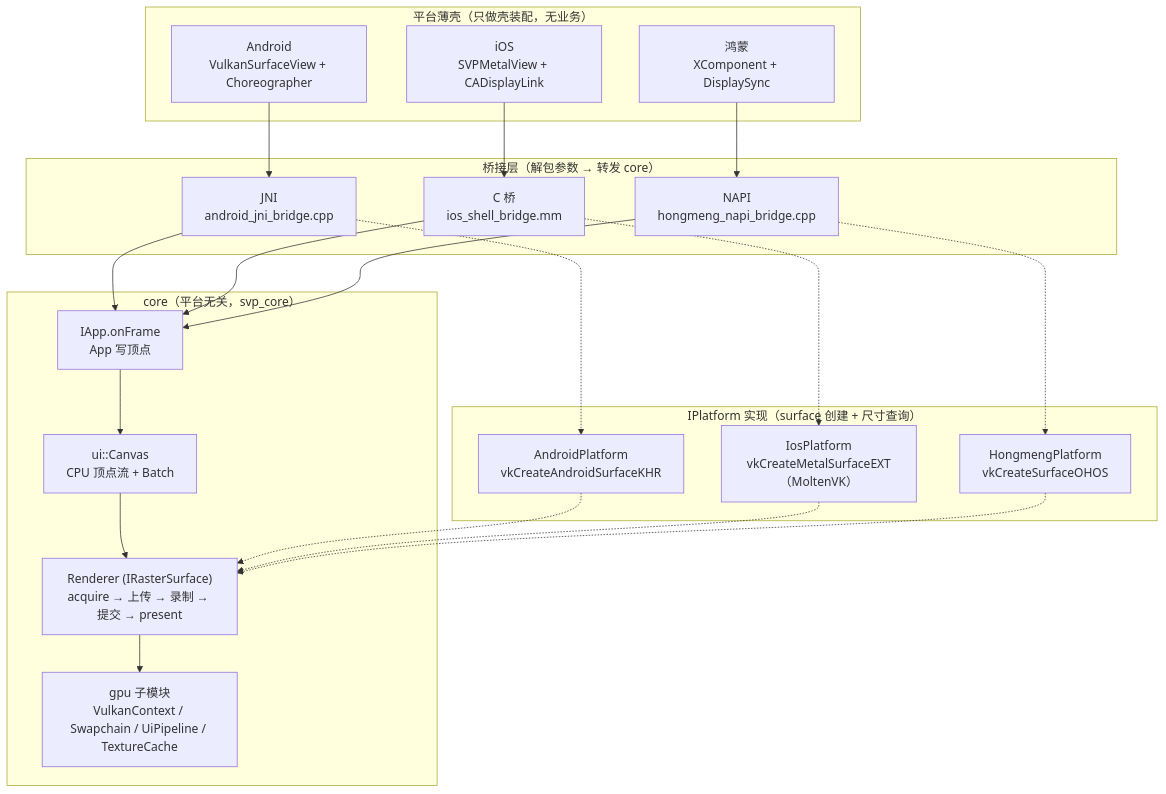
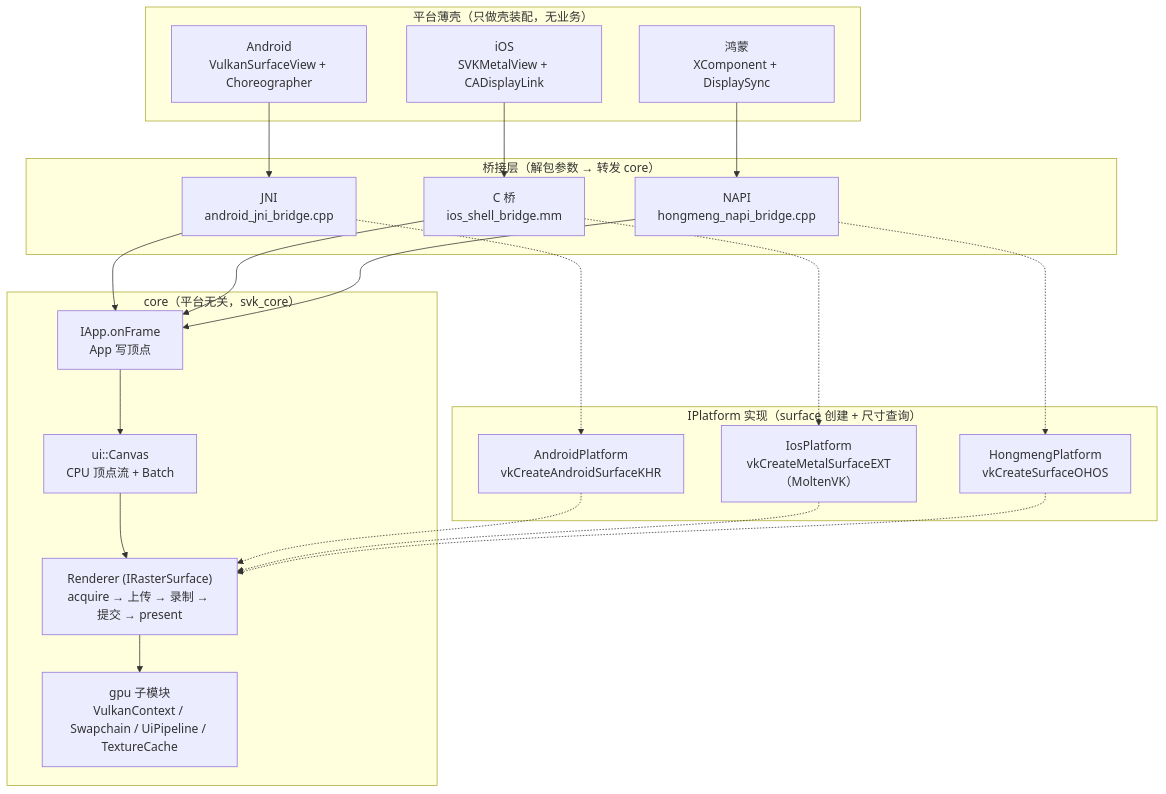
Before and after one commit to helloworldwangziyi/SVK: the first of 8 diagrams in docs/startup-sequence.md, drawn with Mermaid. The commit also changed other lines of this file and 45 other files, not shown here.

First line of the commit message:
refactor: 命名空间与工程标识 svp 统一更名为 svk，与项目名 SVK 保持一致

````diff
--- a/docs/startup-sequence.md
+++ b/docs/startup-sequence.md
@@ -16,41 +16,41 @@
 ```mermaid
 flowchart TB
     subgraph shell["平台薄壳（只做壳装配，无业务）"]
         A1["Android<br/>VulkanSurfaceView + Choreographer"]
-        A2["iOS<br/>SVPMetalView + CADisplayLink"]
+        A2["iOS<br/>SVKMetalView + CADisplayLink"]
         A3["鸿蒙<br/>XComponent + DisplaySync"]
     end
 
     subgraph bridge["桥接层（解包参数 → 转发 core）"]
         B1["JNI<br/>android_jni_bridge.cpp"]
         B2["C 桥<br/>ios_shell_bridge.mm"]
         B3["NAPI<br/>hongmeng_napi_bridge.cpp"]
     end
 
-    subgraph core["core（平台无关，svp_core）"]
+    subgraph core["core（平台无关，svk_core）"]
         C1["IApp.onFrame<br/>App 写顶点"]
         C2["ui::Canvas<br/>CPU 顶点流 + Batch"]
         C3["Renderer (IRasterSurface)<br/>acquire → 上传 → 录制 → 提交 → present"]
         C4["gpu 子模块<br/>VulkanContext / Swapchain / UiPipeline / TextureCache"]
     end
 
     subgraph platformImpl["IPlatform 实现（surface 创建 + 尺寸查询）"]
         P1["AndroidPlatform<br/>vkCreateAndroidSurfaceKHR"]
         P2["IosPlatform<br/>vkCreateMetalSurfaceEXT（MoltenVK）"]
         P3["HongmengPlatform<br/>vkCreateSurfaceOHOS"]
     end
 
     A1 --> B1
     A2 --> B2
     A3 --> B3
     B1 --> C1
     B2 --> C1
     B3 --> C1
     C1 --> C2 --> C3 --> C4
     B1 -.-> P1
     B2 -.-> P2
     B3 -.-> P3
     P1 -.-> C3
     P2 -.-> C3
     P3 -.-> C3
 ```
````
